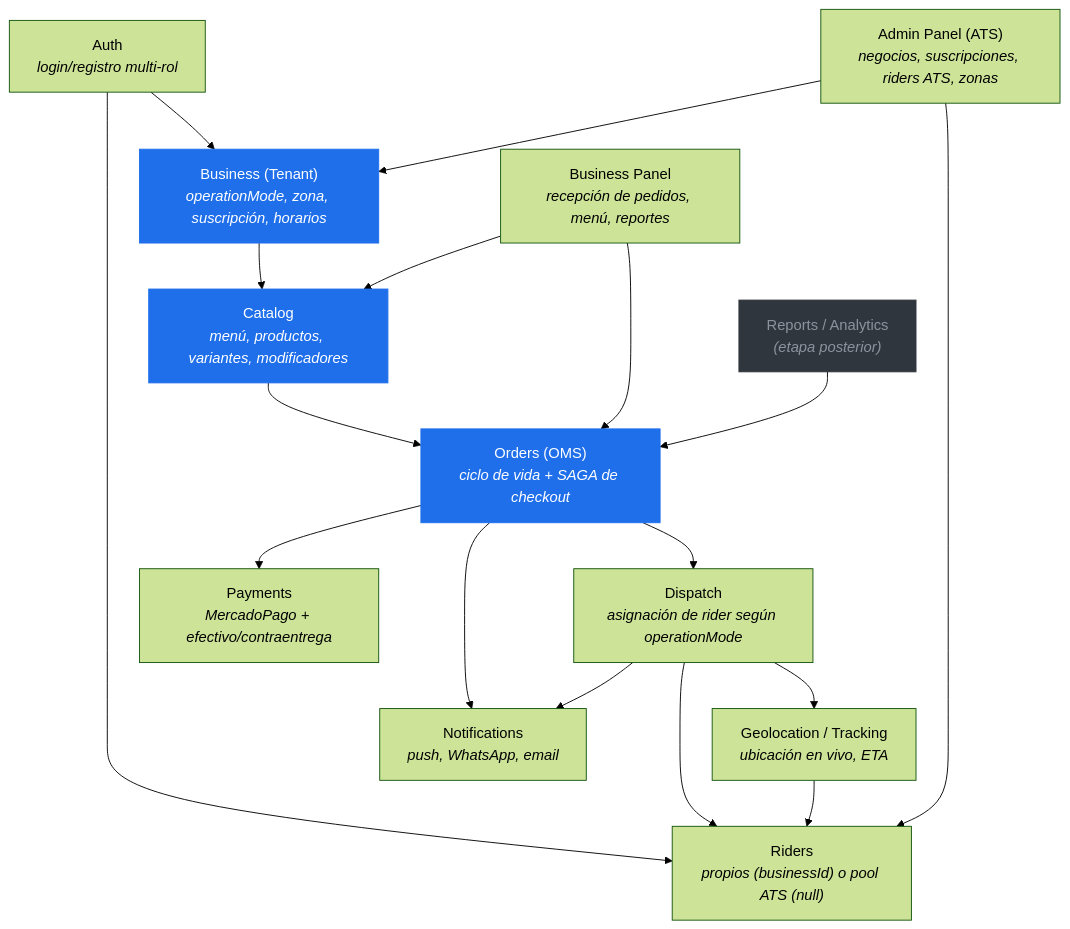
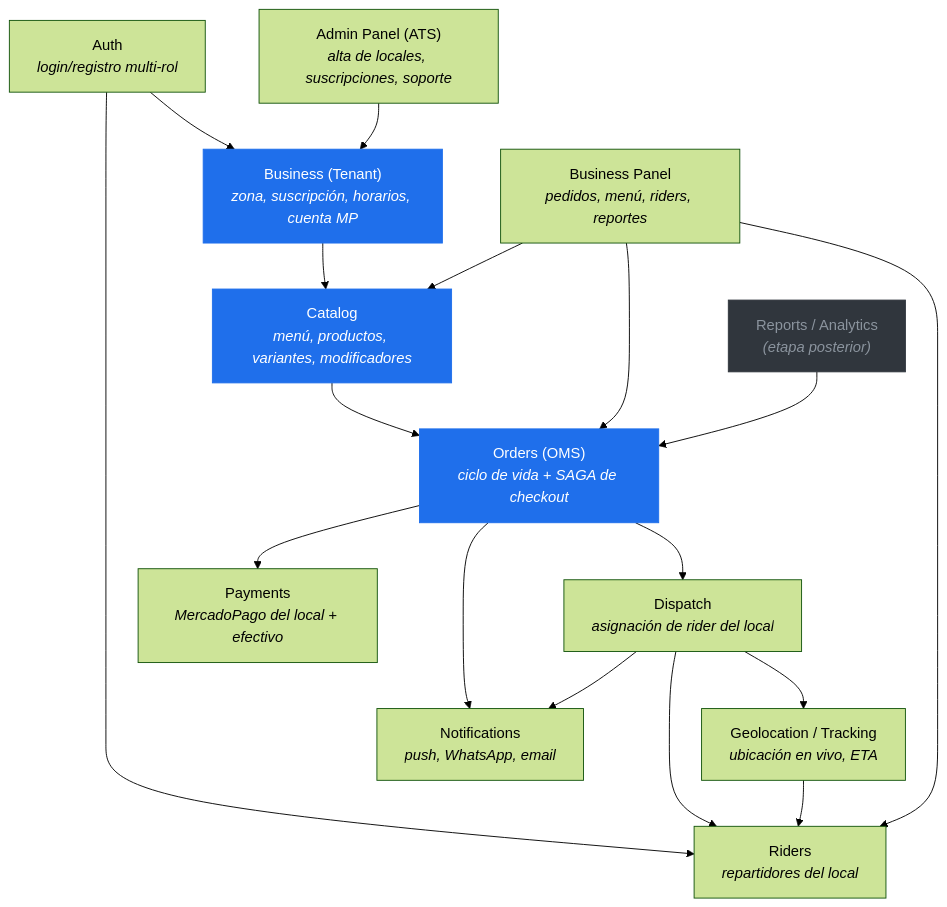
Before and after one commit to aragontechsolutions-dev/ATS-Express: the second of 6 diagrams in docs/architecture.md, drawn with Mermaid (forest theme). The commit also changed other lines of this file and 2 other files, not shown here.

First line of the commit message:
refactor: pivot a modelo SaaS para locales con delivery propio

````diff
--- a/docs/architecture.md
+++ b/docs/architecture.md
@@ -74,37 +80,37 @@
 ```mermaid
 graph TD
   Auth["Auth<br/><i>login/registro multi-rol</i>"]
-  Business["Business (Tenant)<br/><i>operationMode, zona, suscripción, horarios</i>"]
+  Business["Business (Tenant)<br/><i>zona, suscripción, horarios, cuenta MP</i>"]
   Catalog["Catalog<br/><i>menú, productos, variantes, modificadores</i>"]
   Orders["Orders (OMS)<br/><i>ciclo de vida + SAGA de checkout</i>"]
-  Dispatch["Dispatch<br/><i>asignación de rider según operationMode</i>"]
-  Riders["Riders<br/><i>propios (businessId) o pool ATS (null)</i>"]
+  Dispatch["Dispatch<br/><i>asignación de rider del local</i>"]
+  Riders["Riders<br/><i>repartidores del local</i>"]
   Tracking["Geolocation / Tracking<br/><i>ubicación en vivo, ETA</i>"]
-  Payments["Payments<br/><i>MercadoPago + efectivo/contraentrega</i>"]
+  Payments["Payments<br/><i>MercadoPago del local + efectivo</i>"]
   Notifications["Notifications<br/><i>push, WhatsApp, email</i>"]
-  AdminPanel["Admin Panel (ATS)<br/><i>negocios, suscripciones, riders ATS, zonas</i>"]
-  BusinessPanel["Business Panel<br/><i>recepción de pedidos, menú, reportes</i>"]
+  AdminPanel["Admin Panel (ATS)<br/><i>alta de locales, suscripciones, soporte</i>"]
+  BusinessPanel["Business Panel<br/><i>pedidos, menú, riders, reportes</i>"]
   Reports["Reports / Analytics<br/><i>(etapa posterior)</i>"]
 
   Auth --> Business
   Auth --> Riders
   Business --> Catalog
   Catalog --> Orders
   Orders --> Payments
   Orders --> Dispatch
   Dispatch --> Riders
   Dispatch --> Tracking
   Orders --> Notifications
   Dispatch --> Notifications
   Tracking --> Riders
   AdminPanel --> Business
-  AdminPanel --> Riders
   BusinessPanel --> Orders
   BusinessPanel --> Catalog
+  BusinessPanel --> Riders
   Reports --> Orders
 
   classDef nucleo fill:#1f6feb,color:#fff,stroke:#1f6feb;
   classDef futuro fill:#30363d,color:#8b949e,stroke:#30363d;
   class Orders,Business,Catalog nucleo;
   class Reports futuro;
 ```
````
